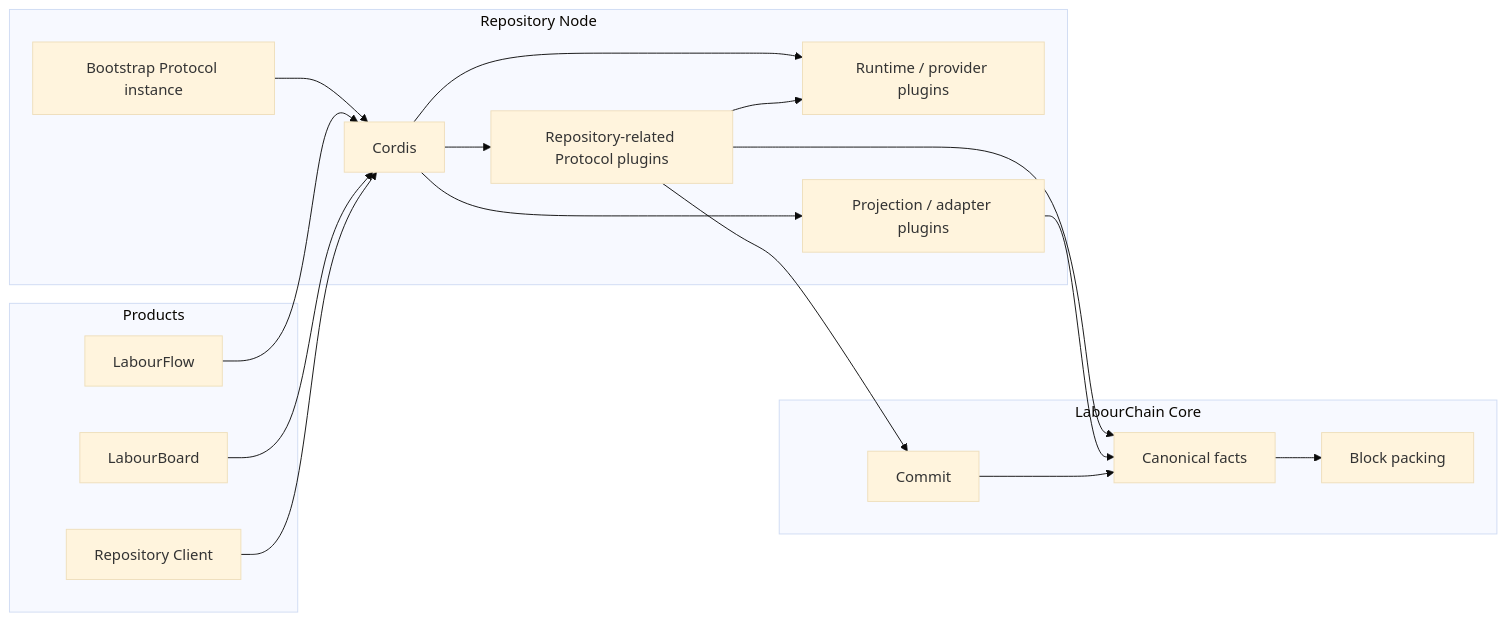
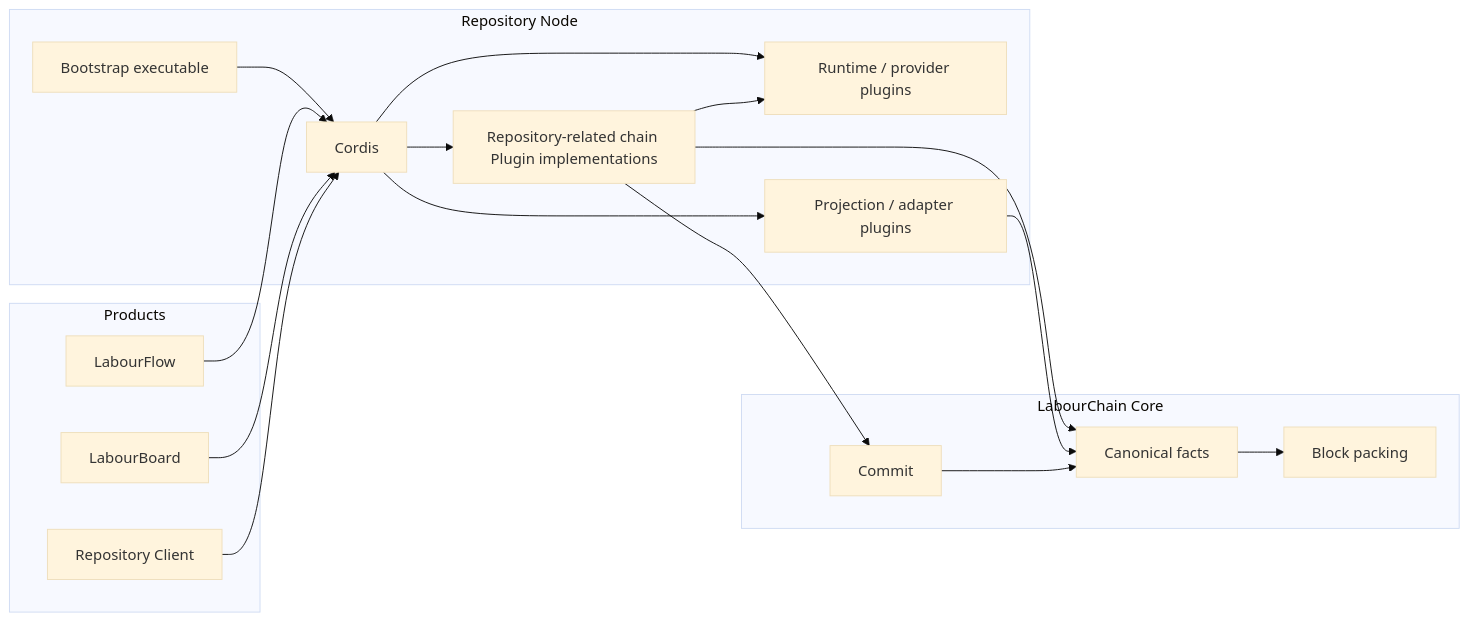
The second of 4 diagrams in docs/architecture.md (labourchain/repository), drawn with Mermaid (base theme) before and after one commit. The commit also changed other lines of this file, not shown here.

Commit message:
docs: align Bootstrap architecture with chain Plugin model

````diff
--- a/docs/architecture.md
+++ b/docs/architecture.md
@@ -96,38 +91,38 @@
 ```mermaid
 flowchart LR
     subgraph Products["Products"]
         Flow["LabourFlow"]
         Board["LabourBoard"]
         Client["Repository Client"]
     end
 
     subgraph Node["Repository Node"]
-        Bootstrap["Bootstrap Protocol instance"]
+        Bootstrap["Bootstrap executable"]
         Cordis["Cordis"]
-        RepoPlugins["Repository-related Protocol plugins"]
+        RepoPlugins["Repository-related chain Plugin implementations"]
         Providers["Runtime / provider plugins"]
         Views["Projection / adapter plugins"]
     end
 
     subgraph Core["LabourChain Core"]
         Facts["Canonical facts"]
         Commit["Commit"]
         Block["Block packing"]
     end
 
     Bootstrap --> Cordis
     Cordis --> RepoPlugins
     Cordis --> Providers
     Cordis --> Views
 
     Flow --> Cordis
     Board --> Cordis
     Client --> Cordis
 
     RepoPlugins --> Providers
     RepoPlugins --> Facts
     RepoPlugins --> Commit
     Views --> Facts
     Commit --> Facts
     Facts --> Block
 ```
````
